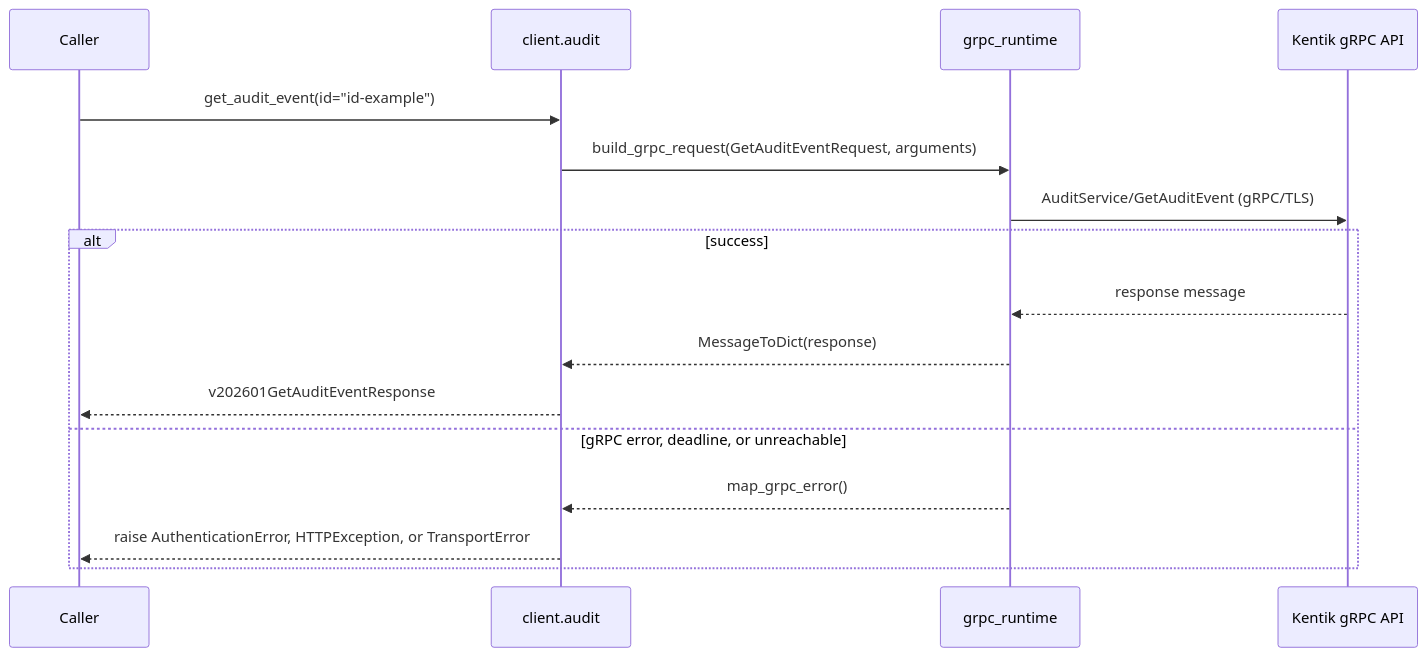
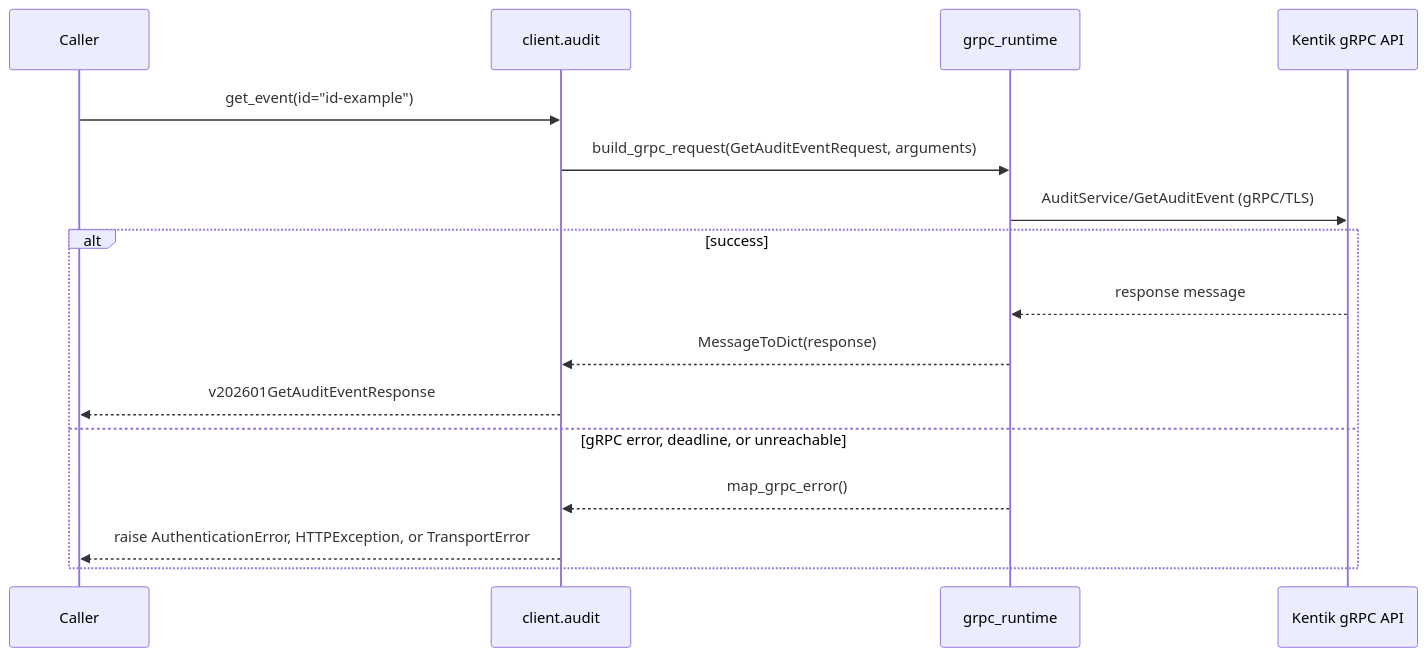
One commit to alexdearaujo/community_sdk_python changed the fifth of 8 diagrams in docs/sphinx/services/audit.md. Above: the diagram before and after it, drawn with Mermaid. The commit also changed other lines of this file and 28 other files, not shown here.

````diff
--- a/docs/sphinx/services/audit.md
+++ b/docs/sphinx/services/audit.md
@@ -136,19 +136,19 @@
 ```mermaid
 sequenceDiagram
     participant C as Caller
     participant W as client.audit
     participant R as grpc_runtime
     participant API as Kentik gRPC API
 
-    C->>W: get_audit_event(id="id-example")
+    C->>W: get_event(id="id-example")
     W->>R: build_grpc_request(GetAuditEventRequest, arguments)
     R->>API: AuditService/GetAuditEvent (gRPC/TLS)
     alt success
         API-->>R: response message
         R-->>W: MessageToDict(response)
         W-->>C: v202601GetAuditEventResponse
     else gRPC error, deadline, or unreachable
         R-->>W: map_grpc_error()
         W-->>C: raise AuthenticationError, HTTPException, or TransportError
     end
 ```
````
